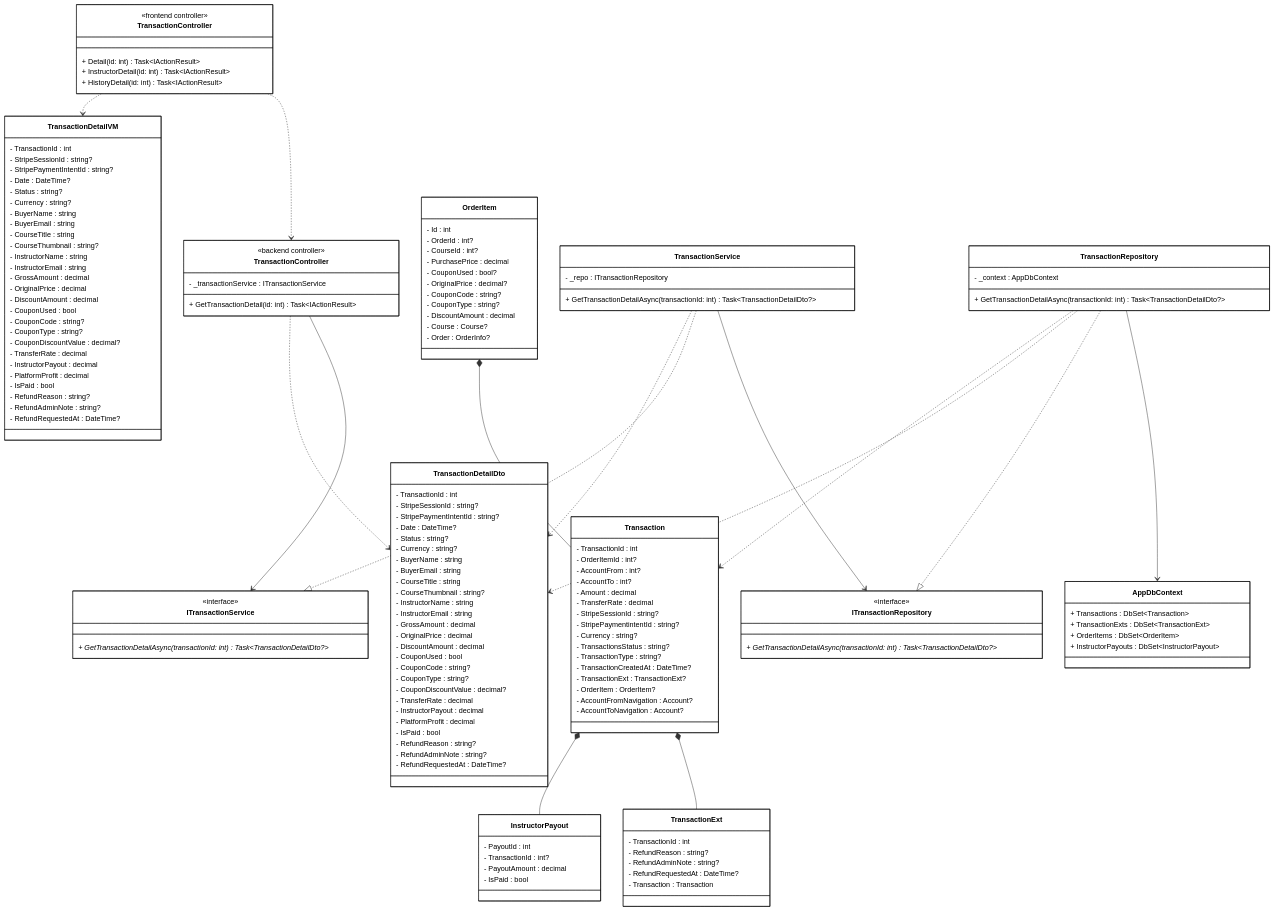
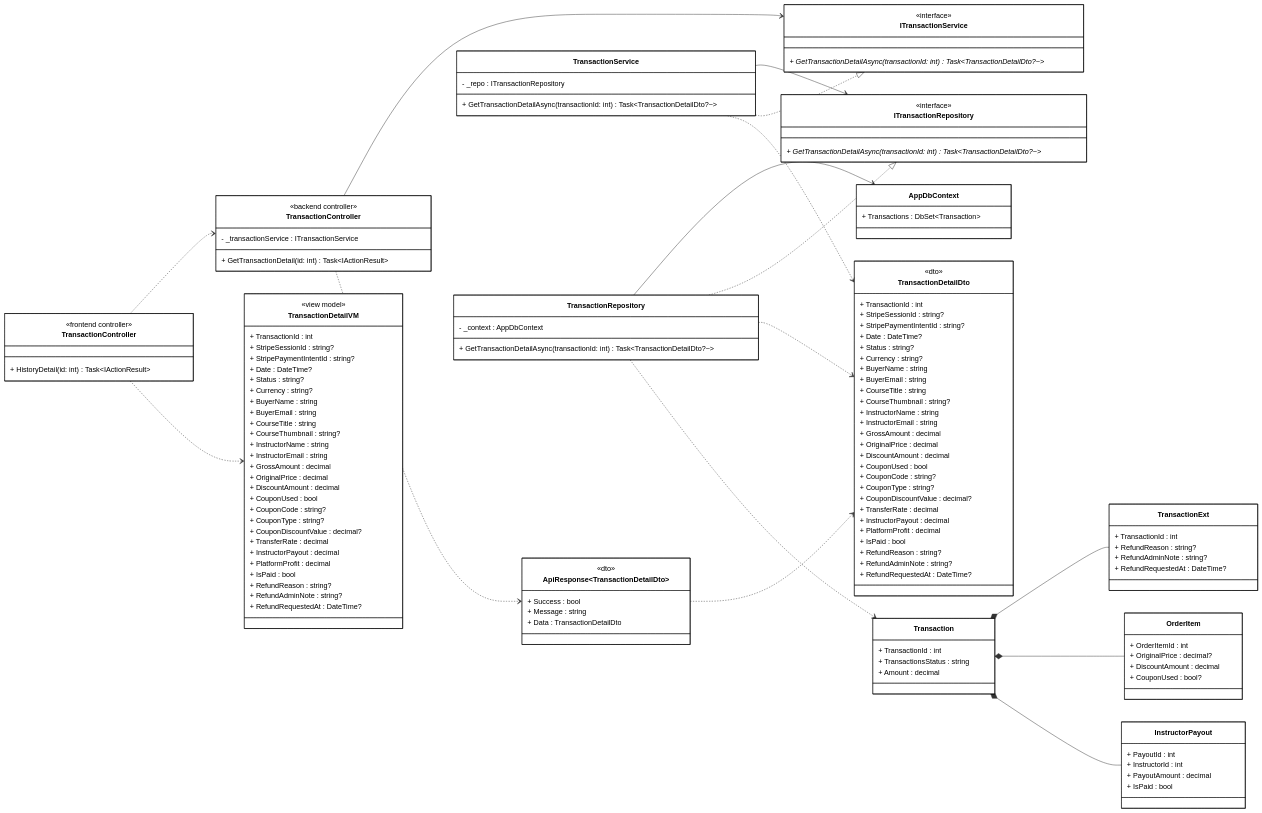
The diagram in diagrams/class_mermaid/cls_mm_view_transaction_detail.mmd (1000do/Linked), drawn with Mermaid before and after one commit. The commit also changed 65 other files, not shown here.

Commit message:
feat: implement checkout service, gift controller, and complete architecture documentation for finance and transaction modules

```diff
--- a/diagrams/class_mermaid/cls_mm_view_transaction_detail.mmd
+++ b/diagrams/class_mermaid/cls_mm_view_transaction_detail.mmd
@@ -1,193 +1,175 @@
-classDiagram
-direction TB
+classDiagram-v2
+direction LR
 
 %% ==================== FRONTEND ====================
 
 class TransactionControllerFE["TransactionController"] {
     <<frontend controller>>
-    + Detail(id: int) Task~IActionResult~
-    + InstructorDetail(id: int) Task~IActionResult~
     + HistoryDetail(id: int) Task~IActionResult~
 }
 
 class TransactionDetailVM {
-    - TransactionId : int
-    - StripeSessionId : string?
-    - StripePaymentIntentId : string?
-    - Date : DateTime?
-    - Status : string?
-    - Currency : string?
-    - BuyerName : string
-    - BuyerEmail : string
-    - CourseTitle : string
-    - CourseThumbnail : string?
-    - InstructorName : string
-    - InstructorEmail : string
-    - GrossAmount : decimal
-    - OriginalPrice : decimal
-    - DiscountAmount : decimal
-    - CouponUsed : bool
-    - CouponCode : string?
-    - CouponType : string?
-    - CouponDiscountValue : decimal?
-    - TransferRate : decimal
-    - InstructorPayout : decimal
-    - PlatformProfit : decimal
-    - IsPaid : bool
-    - RefundReason : string?
-    - RefundAdminNote : string?
-    - RefundRequestedAt : DateTime?
+    <<view model>>
+    + TransactionId : int
+    + StripeSessionId : string?
+    + StripePaymentIntentId : string?
+    + Date : DateTime?
+    + Status : string?
+    + Currency : string?
+    + BuyerName : string
+    + BuyerEmail : string
+    + CourseTitle : string
+    + CourseThumbnail : string?
+    + InstructorName : string
+    + InstructorEmail : string
+    + GrossAmount : decimal
+    + OriginalPrice : decimal
+    + DiscountAmount : decimal
+    + CouponUsed : bool
+    + CouponCode : string?
+    + CouponType : string?
+    + CouponDiscountValue : decimal?
+    + TransferRate : decimal
+    + InstructorPayout : decimal
+    + PlatformProfit : decimal
+    + IsPaid : bool
+    + RefundReason : string?
+    + RefundAdminNote : string?
+    + RefundRequestedAt : DateTime?
 }
 
 %% ==================== BACKEND - CONTROLLER ====================
 
 class TransactionControllerBE["TransactionController"] {
     <<backend controller>>
     - _transactionService : ITransactionService
+    
     + GetTransactionDetail(id: int) Task~IActionResult~
 }
 
 %% ==================== BACKEND - DTOs ====================
 
 class TransactionDetailDto {
-    - TransactionId : int
-    - StripeSessionId : string?
-    - StripePaymentIntentId : string?
-    - Date : DateTime?
-    - Status : string?
-    - Currency : string?
-    - BuyerName : string
-    - BuyerEmail : string
-    - CourseTitle : string
-    - CourseThumbnail : string?
-    - InstructorName : string
-    - InstructorEmail : string
-    - GrossAmount : decimal
-    - OriginalPrice : decimal
-    - DiscountAmount : decimal
-    - CouponUsed : bool
-    - CouponCode : string?
-    - CouponType : string?
-    - CouponDiscountValue : decimal?
-    - TransferRate : decimal
-    - InstructorPayout : decimal
-    - PlatformProfit : decimal
-    - IsPaid : bool
-    - RefundReason : string?
-    - RefundAdminNote : string?
-    - RefundRequestedAt : DateTime?
+    <<dto>>
+    + TransactionId : int
+    + StripeSessionId : string?
+    + StripePaymentIntentId : string?
+    + Date : DateTime?
+    + Status : string?
+    + Currency : string?
+    + BuyerName : string
+    + BuyerEmail : string
+    + CourseTitle : string
+    + CourseThumbnail : string?
+    + InstructorName : string
+    + InstructorEmail : string
+    + GrossAmount : decimal
+    + OriginalPrice : decimal
+    + DiscountAmount : decimal
+    + CouponUsed : bool
+    + CouponCode : string?
+    + CouponType : string?
+    + CouponDiscountValue : decimal?
+    + TransferRate : decimal
+    + InstructorPayout : decimal
+    + PlatformProfit : decimal
+    + IsPaid : bool
+    + RefundReason : string?
+    + RefundAdminNote : string?
+    + RefundRequestedAt : DateTime?
+}
+
+class ApiResponse~TransactionDetailDto~ {
+    <<dto>>
+    + Success : bool
+    + Message : string
+    + Data : TransactionDetailDto
 }
 
 %% ==================== BACKEND - DOMAIN ENTITIES ====================
 
 class Transaction {
-    - TransactionId : int
-    - OrderItemId : int?
-    - AccountFrom : int?
-    - AccountTo : int?
-    - Amount : decimal
-    - TransferRate : decimal
-    - StripeSessionId : string?
-    - StripePaymentintentId : string?
-    - Currency : string?
-    - TransactionsStatus : string?
-    - TransactionType : string?
-    - TransactionCreatedAt : DateTime?
-    - TransactionExt : TransactionExt?
-    - OrderItem : OrderItem?
-    - AccountFromNavigation : Account?
-    - AccountToNavigation : Account?
+    + TransactionId : int
+    + TransactionsStatus : string
+    + Amount : decimal
 }
 
 class TransactionExt {
-    - TransactionId : int
-    - RefundReason : string?
-    - RefundAdminNote : string?
-    - RefundRequestedAt : DateTime?
-    - Transaction : Transaction
+    + TransactionId : int
+    + RefundReason : string?
+    + RefundAdminNote : string?
+    + RefundRequestedAt : DateTime?
 }
 
 class OrderItem {
-    - Id : int
-    - OrderId : int?
-    - CourseId : int?
-    - PurchasePrice : decimal
-    - CouponUsed : bool?
-    - OriginalPrice : decimal?
-    - CouponCode : string?
-    - CouponType : string?
-    - DiscountAmount : decimal
-    - Course : Course?
-    - Order : OrderInfo?
+    + OrderItemId : int
+    + OriginalPrice : decimal?
+    + DiscountAmount : decimal
+    + CouponUsed : bool?
 }
 
 class InstructorPayout {
-    - PayoutId : int
-    - TransactionId : int?
-    - PayoutAmount : decimal
-    - IsPaid : bool
+    + PayoutId : int
+    + InstructorId : int
+    + PayoutAmount : decimal
+    + IsPaid : bool
 }
 
-%% ==================== BACKEND - SERVICE INTERFACES ====================
+%% ==================== BACKEND - SERVICE & REPOSITORY INTERFACES ====================
 
 class ITransactionService {
     <<interface>>
-    + GetTransactionDetailAsync(transactionId: int) Task~TransactionDetailDto?~ *
+    + GetTransactionDetailAsync(transactionId: int) Task~TransactionDetailDto?~~ *
 }
-
-%% ==================== BACKEND - REPOSITORY INTERFACES ====================
 
 class ITransactionRepository {
     <<interface>>
-    + GetTransactionDetailAsync(transactionId: int) Task~TransactionDetailDto?~ *
+    + GetTransactionDetailAsync(transactionId: int) Task~TransactionDetailDto?~~ *
 }
 
-%% ==================== BACKEND - SERVICE IMPLEMENTATION ====================
+%% ==================== BACKEND - IMPLEMENTATIONS ====================
 
 class TransactionService {
     - _repo : ITransactionRepository
-    + GetTransactionDetailAsync(transactionId: int) Task~TransactionDetailDto?~
+    
+    + GetTransactionDetailAsync(transactionId: int) Task~TransactionDetailDto?~~
 }
-
-%% ==================== BACKEND - REPOSITORY IMPLEMENTATION ====================
 
 class TransactionRepository {
     - _context : AppDbContext
-    + GetTransactionDetailAsync(transactionId: int) Task~TransactionDetailDto?~
+    
+    + GetTransactionDetailAsync(transactionId: int) Task~TransactionDetailDto?~~
 }
-
-%% ==================== BACKEND - DbContext ====================
 
 class AppDbContext {
     + Transactions : DbSet~Transaction~
-    + TransactionExts : DbSet~TransactionExt~
-    + OrderItems : DbSet~OrderItem~
-    + InstructorPayouts : DbSet~InstructorPayout~
 }
 
 %% ==================== RELATIONSHIPS ====================
 
-%% === COMPOSITION (filled diamond) ===
-OrderItem *-- Transaction
+%% === AGGREGATION / COMPOSITION ===
 Transaction *-- TransactionExt
+Transaction *-- OrderItem
 Transaction *-- InstructorPayout
 
-%% === UNIDIRECTIONAL ASSOCIATION ===
-TransactionControllerFE ..> TransactionControllerBE
+%% === UNIDIRECTIONAL ASSOCIATION (solid arrow) ===
 TransactionControllerBE --> ITransactionService
 TransactionService --> ITransactionRepository
 TransactionRepository --> AppDbContext
 
 %% === INTERFACE REALIZATION ===
 TransactionService ..|> ITransactionService
 TransactionRepository ..|> ITransactionRepository
 
-%% === DEPENDENCY ===
+%% === DEPENDENCY (dashed arrows) ===
+TransactionControllerFE ..> TransactionControllerBE
 TransactionControllerFE ..> TransactionDetailVM
-TransactionControllerBE ..> TransactionDetailDto
+TransactionControllerBE ..> ApiResponse~TransactionDetailDto~
+ApiResponse~TransactionDetailDto~ ..> TransactionDetailDto
 TransactionService ..> TransactionDetailDto
 TransactionRepository ..> TransactionDetailDto
 TransactionRepository ..> Transaction
 
 %% ==================== STYLES ====================
+
 classDef default fill:#FFFFFF,stroke:#000000,stroke-width:1px,color:#000000
```
